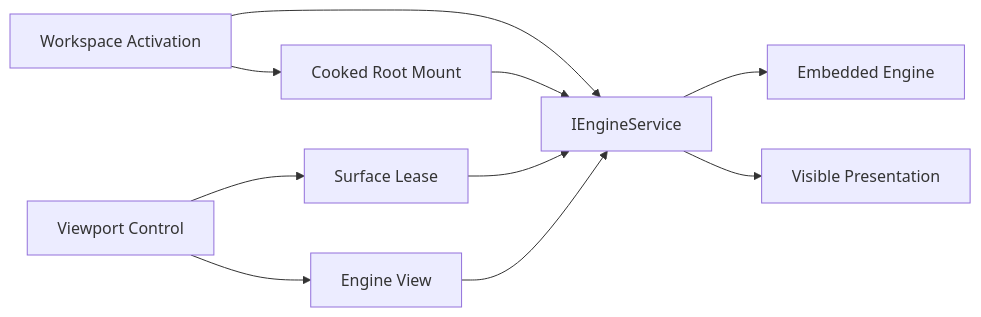
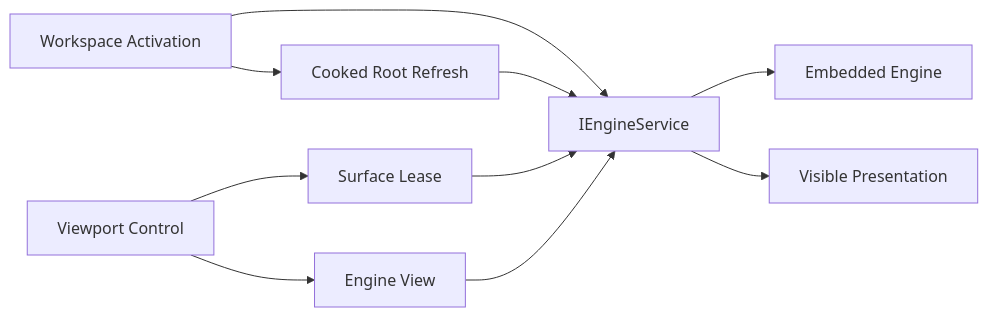
One commit to abdes/DroidNet changed the first of 2 diagrams in design/editor/lld/runtime-integration.md. Above: the diagram before and after it, drawn with Mermaid. The commit also changed other lines of this file and 6 other files, not shown here.

````diff
--- a/design/editor/lld/runtime-integration.md
+++ b/design/editor/lld/runtime-integration.md
@@ -86,21 +85,21 @@
 ```mermaid
 flowchart LR
     Workspace[Workspace Activation]
     Runtime[IEngineService]
     Engine[Embedded Engine]
-    Cooked[Cooked Root Mount]
+    Cooked[Cooked Root Refresh]
     Viewport[Viewport Control]
     Surface[Surface Lease]
     View[Engine View]
     Present[Visible Presentation]
 
     Workspace --> Runtime
     Runtime --> Engine
     Workspace --> Cooked
     Cooked --> Runtime
     Viewport --> Surface
     Surface --> Runtime
     Viewport --> View
     View --> Runtime
     Runtime --> Present
 ```
````
